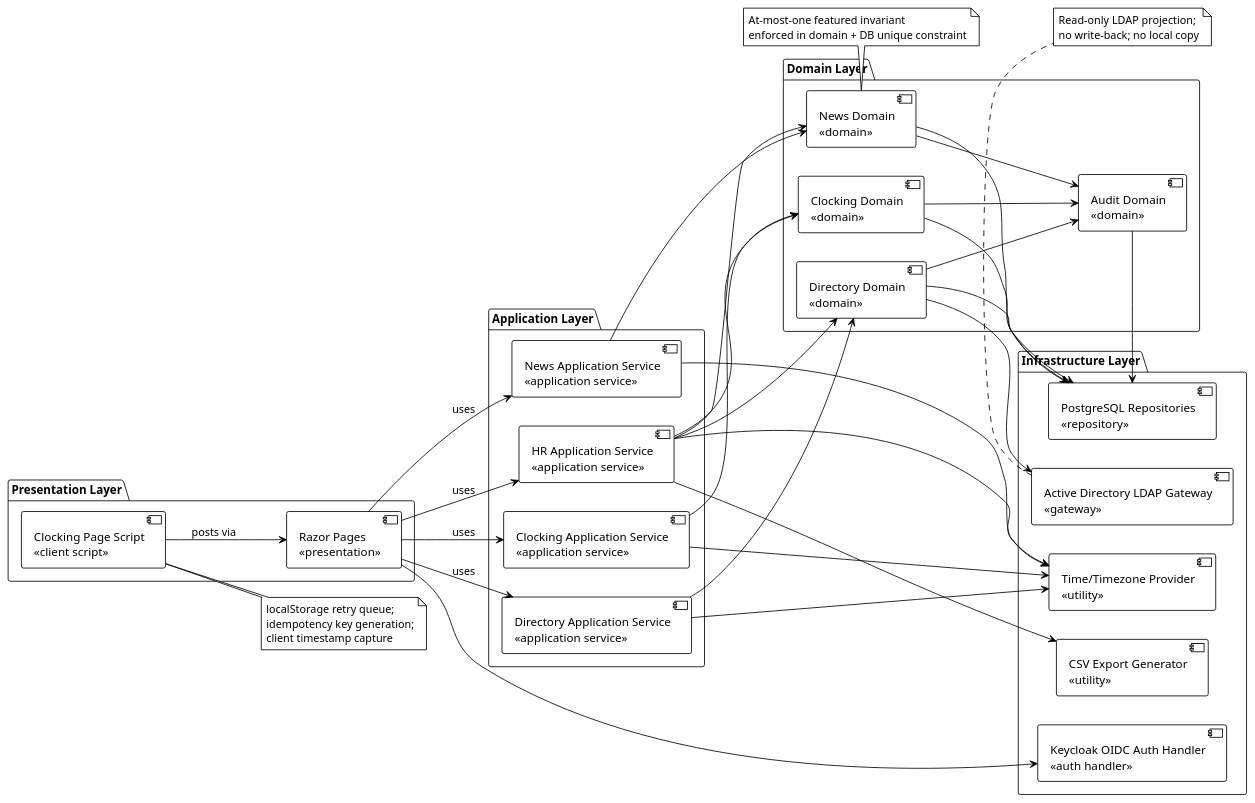
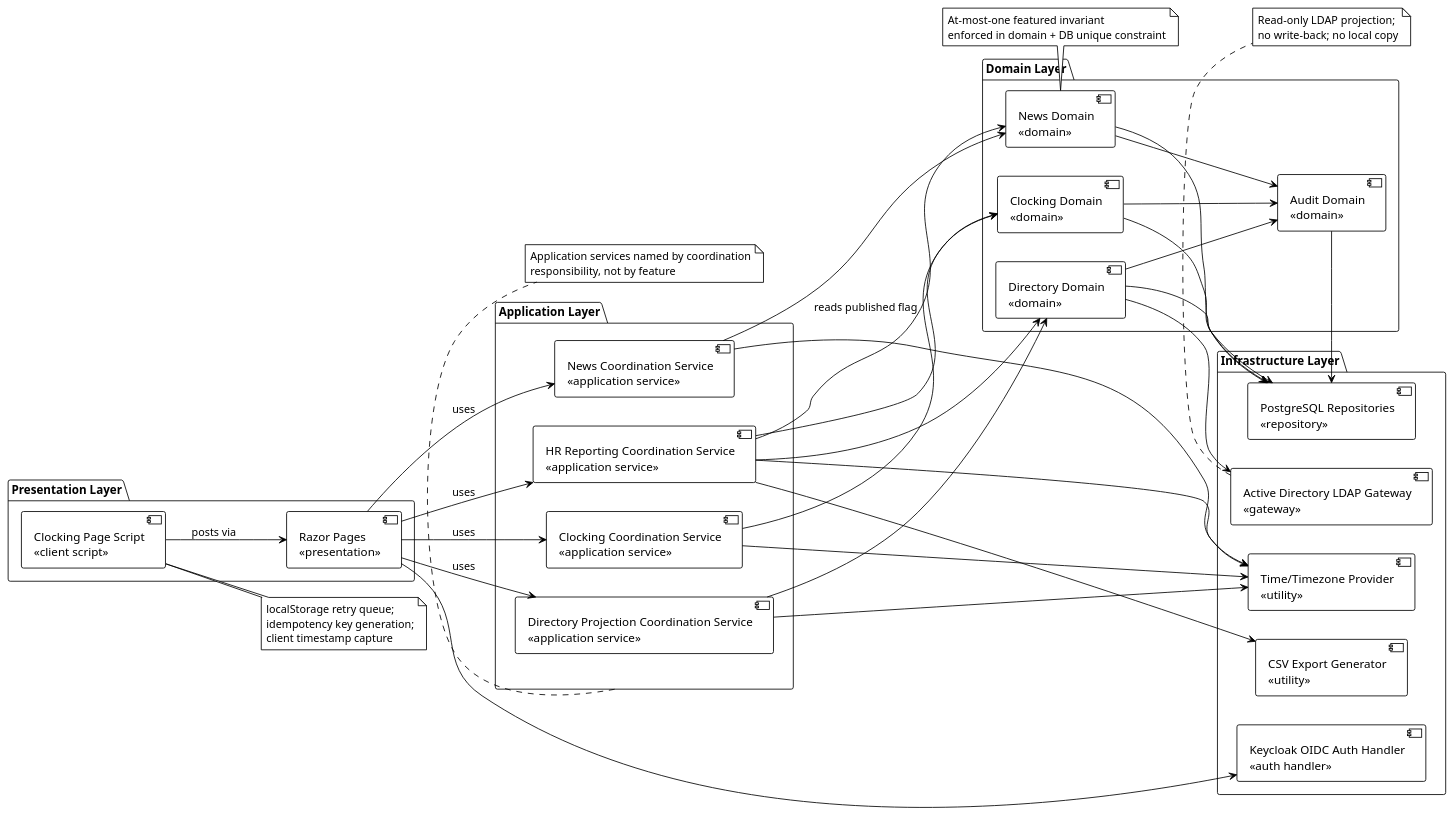
The first of 2 diagrams in docs/artifacts/analysis---design/software-architecture-document.md (banense-test/portal), drawn with PlantUML before and after one commit. The commit also changed other lines of this file, not shown here.

First line of the commit message:
Software Architect [I2]: upsert Software Architecture Document

````diff
--- a/docs/artifacts/analysis---design/software-architecture-document.md
+++ b/docs/artifacts/analysis---design/software-architecture-document.md
@@ -73,5 +73,5 @@
 ```plantuml
-@startuml Portal_Candidate_Component
+@startuml Portal_Candidate_Component_I2
 !theme plain
 left to right direction
 
@@ -81,10 +81,10 @@
 }
 
 package "Application Layer" as AL {
-    component "Clocking Application Service\n<<application service>>" as ClockApp
-    component "News Application Service\n<<application service>>" as NewsApp
-    component "Directory Application Service\n<<application service>>" as DirApp
-    component "HR Application Service\n<<application service>>" as HRApp
+    component "Clocking Coordination Service\n<<application service>>" as ClockCoord
+    component "News Coordination Service\n<<application service>>" as NewsCoord
+    component "Directory Projection Coordination Service\n<<application service>>" as DirCoord
+    component "HR Reporting Coordination Service\n<<application service>>" as HRReportCoord
 }
 
 package "Domain Layer" as DL {
@@ -102,18 +102,18 @@
     component "Time/Timezone Provider\n<<utility>>" as TimeProvider
 }
 
-Pages --> ClockApp : uses
-Pages --> NewsApp : uses
-Pages --> DirApp : uses
-Pages --> HRApp : uses
+Pages --> ClockCoord : uses
+Pages --> NewsCoord : uses
+Pages --> DirCoord : uses
+Pages --> HRReportCoord : uses
 ClockScript --> Pages : posts via
 
-ClockApp --> ClockDomain
-NewsApp --> NewsDomain
-DirApp --> DirDomain
-HRApp --> ClockDomain
-HRApp --> DirDomain
-HRApp --> NewsDomain
+ClockCoord --> ClockDomain
+NewsCoord --> NewsDomain
+DirCoord --> DirDomain
+HRReportCoord --> ClockDomain
+HRReportCoord --> DirDomain
+HRReportCoord --> NewsDomain : reads published flag
 
 ClockDomain --> AuditDomain
 NewsDomain --> AuditDomain
@@ -125,11 +125,11 @@
 AuditDomain --> Repos
 DirDomain --> ADGateway
 Pages --> AuthHandler
-ClockApp --> TimeProvider
-NewsApp --> TimeProvider
-DirApp --> TimeProvider
-HRApp --> TimeProvider
-HRApp --> CsvGen
+ClockCoord --> TimeProvider
+NewsCoord --> TimeProvider
+DirCoord --> TimeProvider
+HRReportCoord --> TimeProvider
+HRReportCoord --> CsvGen
 
 note right of ClockScript
   localStorage retry queue;
@@ -147,5 +147,9 @@
   enforced in domain + DB unique constraint
 end note
 
+note bottom of AL
+  Application services named by coordination
+  responsibility, not by feature
+end note
 @enduml
 ```
````
